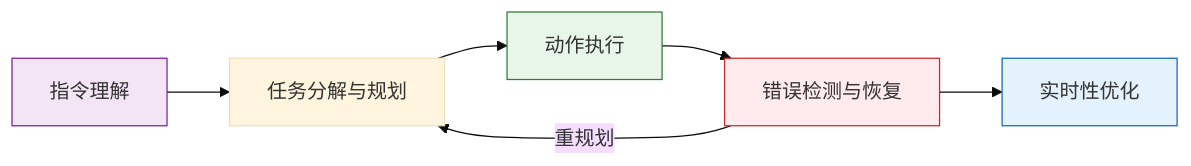
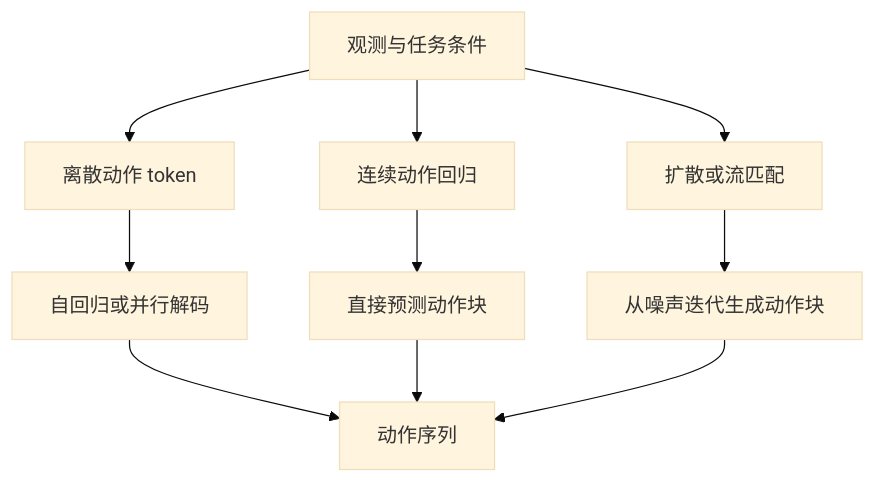
One commit to TingdeLiu/tingdeliu.github.io changed the second of 4 diagrams in _posts/research/2026-01-24-VLA-Survey.md. Above: the diagram before and after it, drawn with Mermaid (base theme). The commit also changed other lines of this file and 2 other files, not shown here.

````diff
--- a/_posts/research/2026-01-24-VLA-Survey.md
+++ b/_posts/research/2026-01-24-VLA-Survey.md
@@ -630,9 +81,12 @@
 ```mermaid
-flowchart LR
-    A["指令理解"] --> B["任务分解与规划"] --> C["动作执行"] --> D["错误检测与恢复"] --> E["实时性优化"]
-    D -->|重规划| B
-    style A fill:#f3e5f5,stroke:#7b1fa2
-    style C fill:#e8f5e9,stroke:#2e7d32
-    style D fill:#ffebee,stroke:#c62828
-    style E fill:#e3f2fd,stroke:#1565c0
+flowchart TB
+    C["观测与任务条件"] --> T["离散动作 token"]
+    C --> R["连续动作回归"]
+    C --> D["扩散或流匹配"]
+    T --> T1["自回归或并行解码"]
+    R --> R1["直接预测动作块"]
+    D --> D1["从噪声迭代生成动作块"]
+    T1 --> A["动作序列"]
+    R1 --> A
+    D1 --> A
 ```
````
